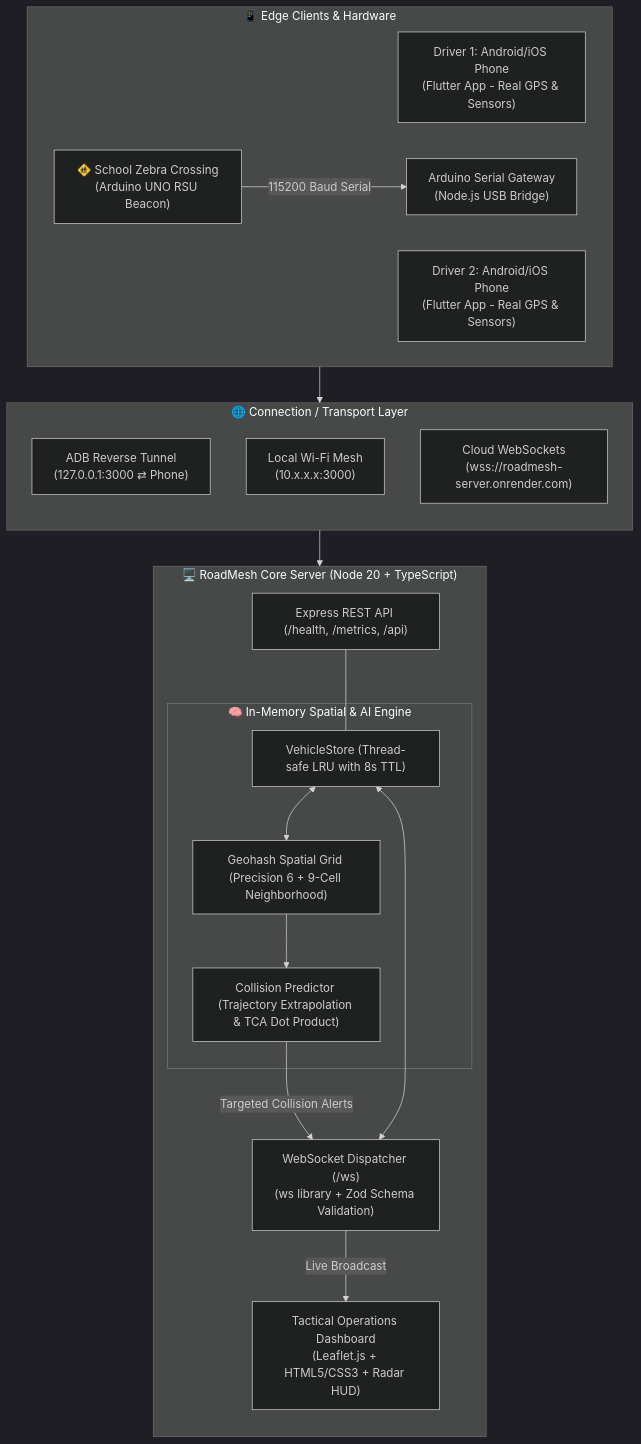
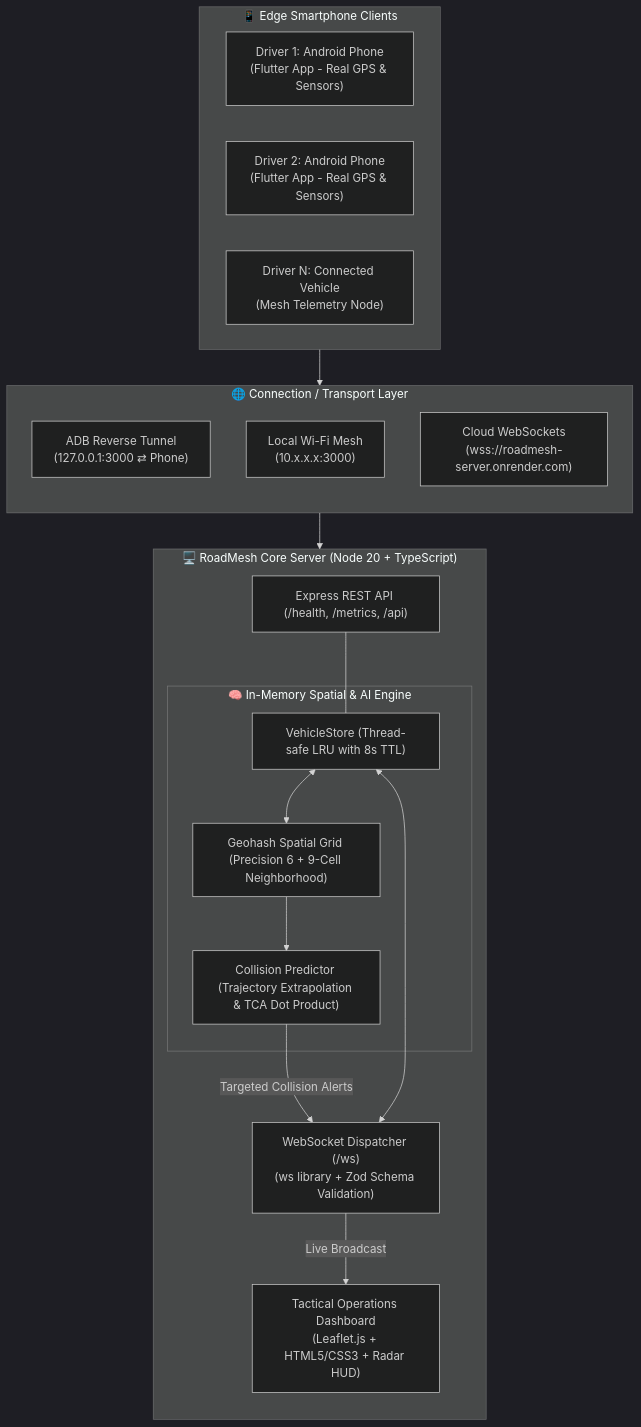
The first of 4 diagrams in PROJECT_OVERVIEW.md (mizhab-as/RoadMesh), drawn with Mermaid (dark theme) before and after one commit. The commit also changed other lines of this file and 8 other files, not shown here.

````diff
--- a/PROJECT_OVERVIEW.md
+++ b/PROJECT_OVERVIEW.md
@@ -49,42 +47,40 @@
 ```mermaid
 flowchart TB
-    subgraph EdgeDevices["📱 Edge Clients & Hardware"]
+    subgraph EdgeDevices["📱 Edge Smartphone Clients"]
         direction LR
-        Phone1["Driver 1: Android/iOS Phone\n(Flutter App - Real GPS & Sensors)"]
-        Phone2["Driver 2: Android/iOS Phone\n(Flutter App - Real GPS & Sensors)"]
-        Arduino["🚸 School Zebra Crossing\n(Arduino UNO RSU Beacon)"]
-        Gateway["Arduino Serial Gateway\n(Node.js USB Bridge)"]
-        Arduino -->|115200 Baud Serial| Gateway
+        Phone1["Driver 1: Android Phone\n(Flutter App - Real GPS & Sensors)"]
+        Phone2["Driver 2: Android Phone\n(Flutter App - Real GPS & Sensors)"]
+        PhoneN["Driver N: Connected Vehicle\n(Mesh Telemetry Node)"]
     end
 
     subgraph NetworkLayer["🌐 Connection / Transport Layer"]
         direction TB
         ADB["ADB Reverse Tunnel\n(127.0.0.1:3000 ⇄ Phone)"]
         LAN["Local Wi-Fi Mesh\n(10.x.x.x:3000)"]
         WAN["Cloud WebSockets\n(wss://roadmesh-server.onrender.com)"]
     end
 
     EdgeDevices --> NetworkLayer
 
     subgraph Server["🖥️ RoadMesh Core Server (Node 20 + TypeScript)"]
         direction TB
         WS_Server["WebSocket Dispatcher (/ws)\n(ws library + Zod Schema Validation)"]
         REST_Server["Express REST API (/health, /metrics, /api)"]
         
         subgraph MemoryCore["🧠 In-Memory Spatial & AI Engine"]
             Store["VehicleStore (Thread-safe LRU with 8s TTL)"]
             Spatial["Geohash Spatial Grid (Precision 6 + 9-Cell Neighborhood)"]
             AI["Collision Predictor (Trajectory Extrapolation & TCA Dot Product)"]
         end
 
         Dashboard["Tactical Operations Dashboard\n(Leaflet.js + HTML5/CSS3 + Radar HUD)"]
     end
 
     NetworkLayer --> WS_Server
     WS_Server <--> Store
     Store <--> Spatial
     Spatial --> AI
     AI -->|Targeted Collision Alerts| WS_Server
     WS_Server -->|Live Broadcast| Dashboard
     REST_Server --- Store
 ```
````
